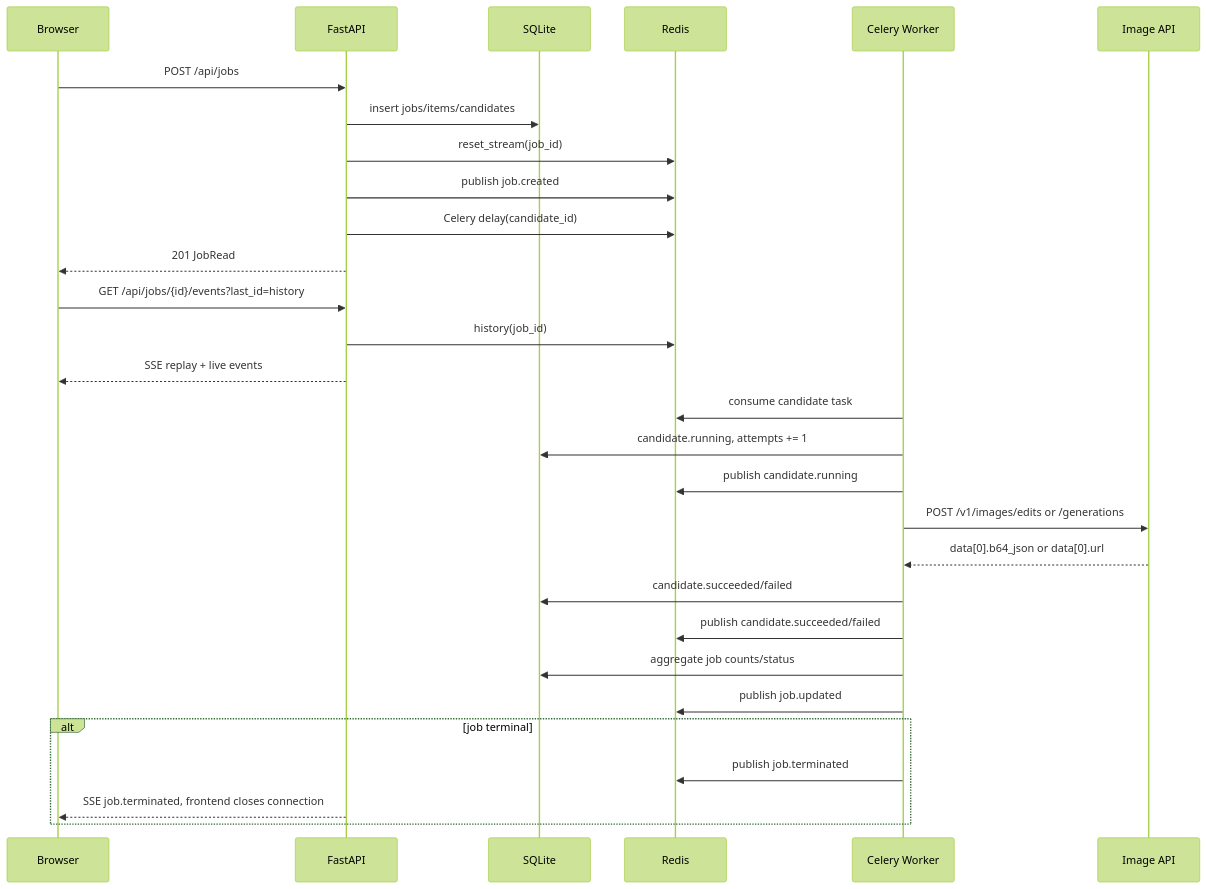
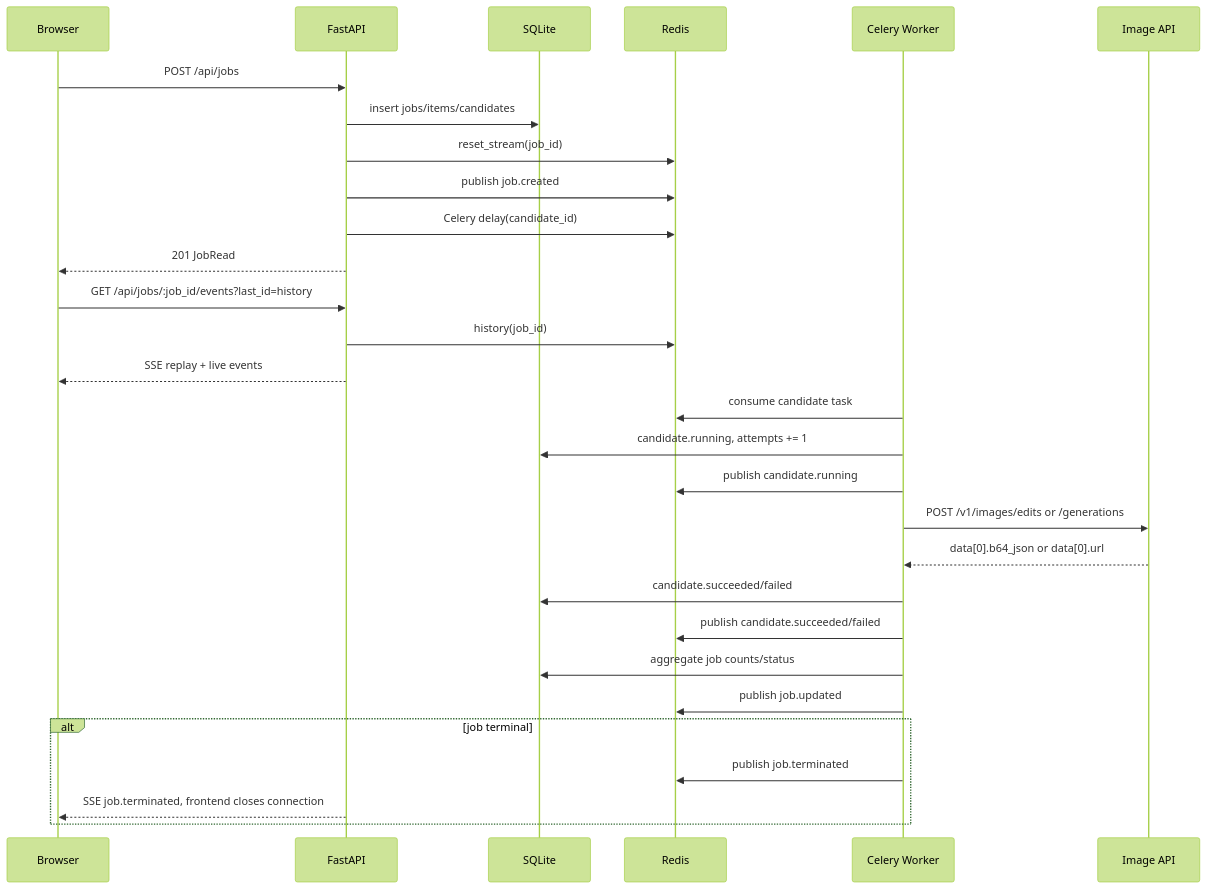
The third of 3 diagrams in docs/方案设计.md (ma1688/image-local), drawn with Mermaid (forest theme) before and after one commit. The commit also changed other lines of this file and 1 other file, not shown here.

Commit message:
修复readme mermaid 语法

````diff
--- a/docs/方案设计.md
+++ b/docs/方案设计.md
@@ -164,34 +164,34 @@
 ```mermaid
 sequenceDiagram
   participant U as Browser
   participant A as FastAPI
   participant D as SQLite
   participant R as Redis
   participant W as Celery Worker
   participant P as Image API
 
   U->>A: POST /api/jobs
   A->>D: insert jobs/items/candidates
   A->>R: reset_stream(job_id)
   A->>R: publish job.created
   A->>R: Celery delay(candidate_id)
   A-->>U: 201 JobRead
 
-  U->>A: GET /api/jobs/{id}/events?last_id=history
+  U->>A: GET /api/jobs/:job_id/events?last_id=history
   A->>R: history(job_id)
   A-->>U: SSE replay + live events
 
   W->>R: consume candidate task
   W->>D: candidate.running, attempts += 1
   W->>R: publish candidate.running
   W->>P: POST /v1/images/edits or /generations
   P-->>W: data[0].b64_json or data[0].url
   W->>D: candidate.succeeded/failed
   W->>R: publish candidate.succeeded/failed
   W->>D: aggregate job counts/status
   W->>R: publish job.updated
   alt job terminal
     W->>R: publish job.terminated
     A-->>U: SSE job.terminated, frontend closes connection
   end
 ```
````
